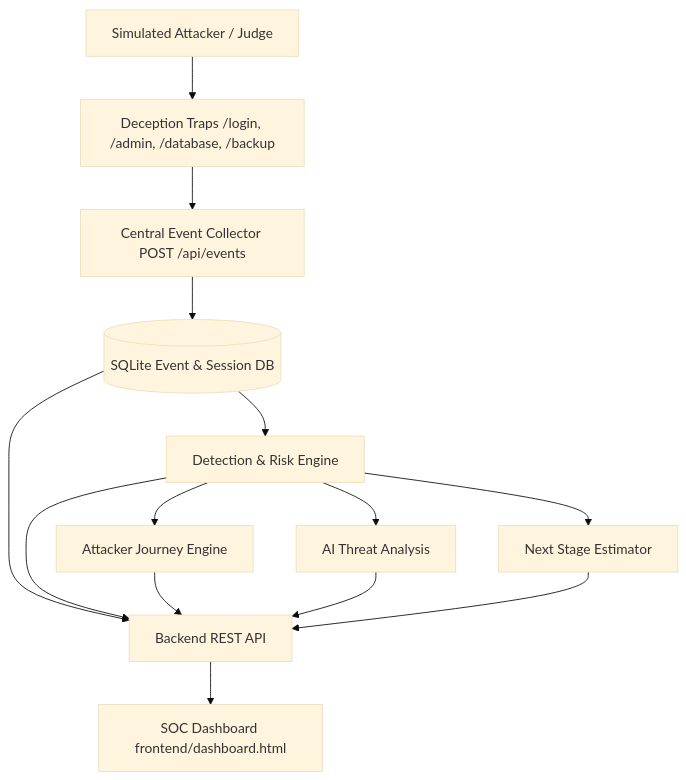
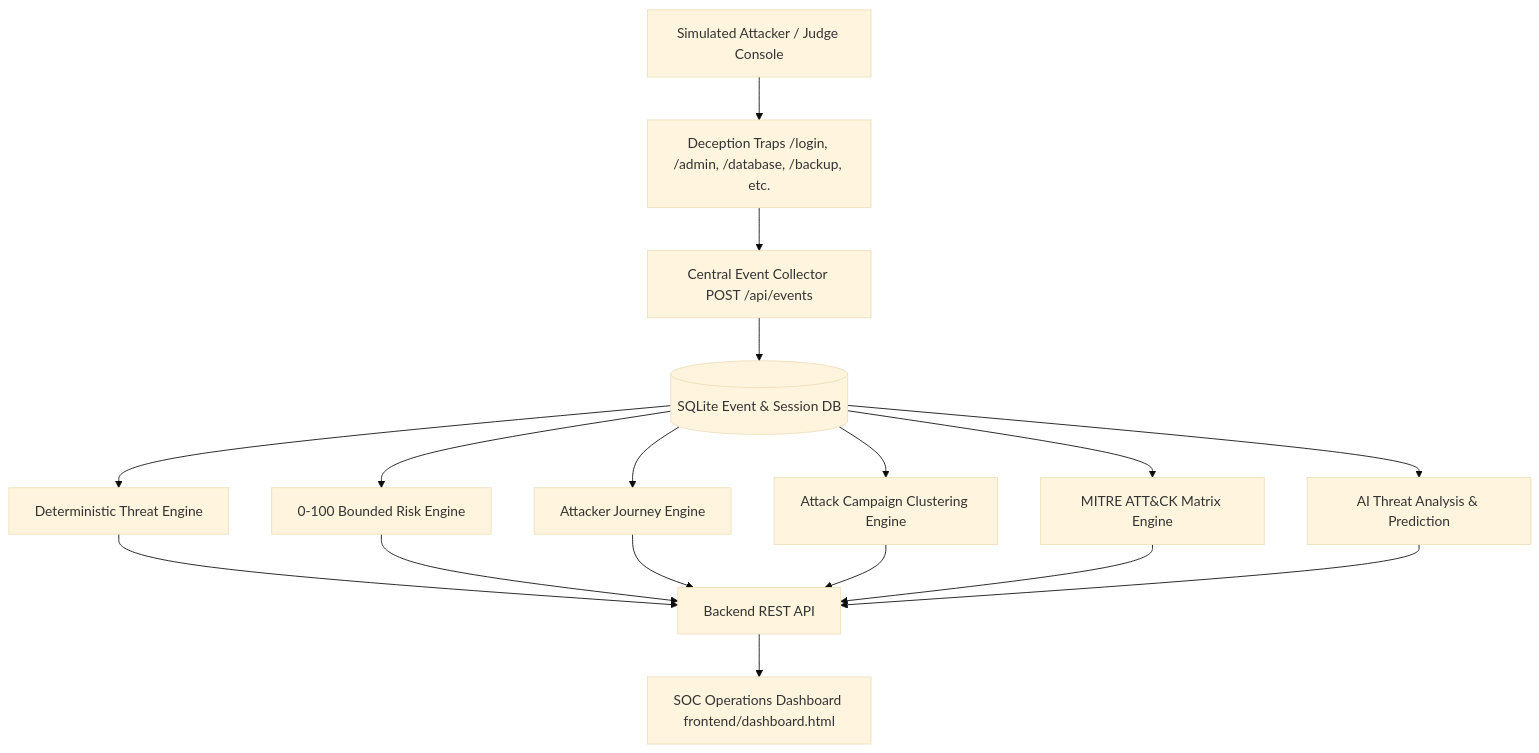
The diagram in README.md (Sarthak2121006/Net-Decoy), drawn with Mermaid (base theme) before and after one commit. The commit also changed other lines of this file, not shown here.

Commit message:
docs: update README with MITRE heatmap, clustering, forensic reporting, and complete architecture

````diff
--- a/README.md
+++ b/README.md
@@ -66,18 +109,22 @@
 ```mermaid
 flowchart TD
-    Attacker[Simulated Attacker / Judge] --> Traps[Deception Traps /login, /admin, /database, /backup]
+    Attacker[Simulated Attacker / Judge Console] --> Traps[Deception Traps /login, /admin, /database, /backup, etc.]
     Traps --> Collector[Central Event Collector POST /api/events]
     Collector --> Storage[(SQLite Event & Session DB)]
-    Storage --> Detection[Detection & Risk Engine]
-    Detection --> Journey[Attacker Journey Engine]
-    Detection --> AI[AI Threat Analysis]
-    Detection --> Predict[Next Stage Estimator]
     
-    Storage --> API[Backend REST API]
-    Detection --> API
+    Storage --> Detection[Deterministic Threat Engine]
+    Storage --> Risk[0-100 Bounded Risk Engine]
+    Storage --> Journey[Attacker Journey Engine]
+    Storage --> Clusters[Attack Campaign Clustering Engine]
+    Storage --> Mitre[MITRE ATT&CK Matrix Engine]
+    Storage --> AI[AI Threat Analysis & Prediction]
+    
+    Detection --> API[Backend REST API]
+    Risk --> API
     Journey --> API
+    Clusters --> API
+    Mitre --> API
     AI --> API
-    Predict --> API
 
-    API --> Dashboard[SOC Dashboard frontend/dashboard.html]
+    API --> Dashboard[SOC Operations Dashboard frontend/dashboard.html]
 ```
````
